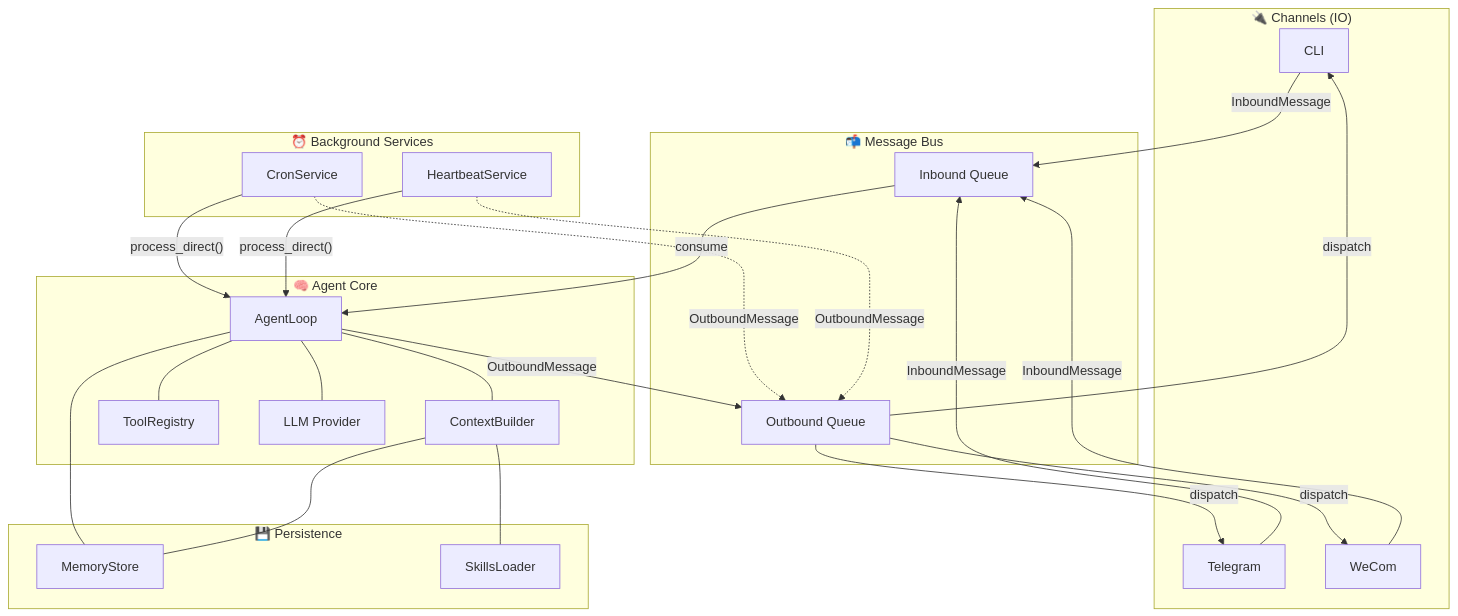
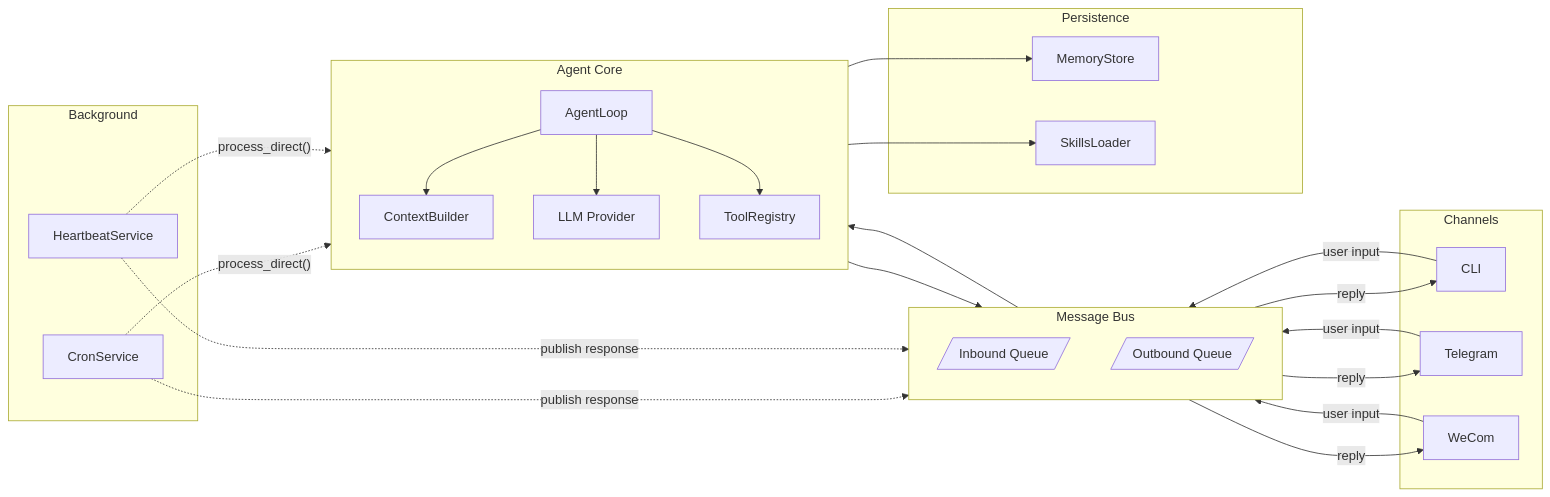
Before and after one commit to Leviathanlzx/SimpleClaw: the first of 9 diagrams in README.md, drawn with Mermaid. The commit also changed other lines of this file, not shown here.

````diff
--- a/README.md
+++ b/README.md
@@ -80,53 +82,46 @@
 ```mermaid
-graph TB
-    subgraph Channels ["🔌 Channels (IO)"]
+flowchart LR
+    subgraph IO ["Channels"]
         CLI["CLI"]
         TG["Telegram"]
         WC["WeCom"]
     end
 
-    subgraph Bus ["📬 Message Bus"]
-        IQ["Inbound Queue"]
-        OQ["Outbound Queue"]
+    subgraph Bus ["Message Bus"]
+        direction TB
+        IQ[/"Inbound Queue"/]
+        OQ[/"Outbound Queue"/]
     end
 
-    subgraph Agent ["🧠 Agent Core"]
+    subgraph Core ["Agent Core"]
+        direction TB
         AL["AgentLoop"]
         CB["ContextBuilder"]
+        PR["LLM Provider"]
         TL["ToolRegistry"]
-        PR["LLM Provider"]
     end
 
-    subgraph Persistence ["💾 Persistence"]
+    subgraph Storage ["Persistence"]
         MEM["MemoryStore"]
         SK["SkillsLoader"]
     end
 
-    subgraph Background ["⏰ Background Services"]
+    subgraph BG ["Background"]
         CRON["CronService"]
         HB["HeartbeatService"]
     end
 
-    CLI -->|"InboundMessage"| IQ
-    TG -->|"InboundMessage"| IQ
-    WC -->|"InboundMessage"| IQ
+    %% Interactive path: Channels <-> Bus <-> Agent
+    CLI & TG & WC -->|"user input"| IQ
+    IQ --> AL
+    AL --> OQ
+    OQ -->|"reply"| CLI & TG & WC
 
-    IQ -->|"consume"| AL
-    AL -->|"OutboundMessage"| OQ
+    %% Agent internals
+    AL --> CB & PR & TL
+    CB --> MEM & SK
 
-    OQ -->|"dispatch"| CLI
-    OQ -->|"dispatch"| TG
-    OQ -->|"dispatch"| WC
-
-    AL --- CB
-    AL --- TL
-    AL --- PR
-    AL --- MEM
-    CB --- MEM
-    CB --- SK
-
-    CRON -->|"process_direct()"| AL
-    HB -->|"process_direct()"| AL
-    CRON -.->|"OutboundMessage"| OQ
-    HB -.->|"OutboundMessage"| OQ
+    %% Scheduled path: Background -> Agent -> Bus (outbound only)
+    CRON & HB -.->|"process_direct()"| AL
+    CRON & HB -.->|"publish response"| OQ
 ```
````
